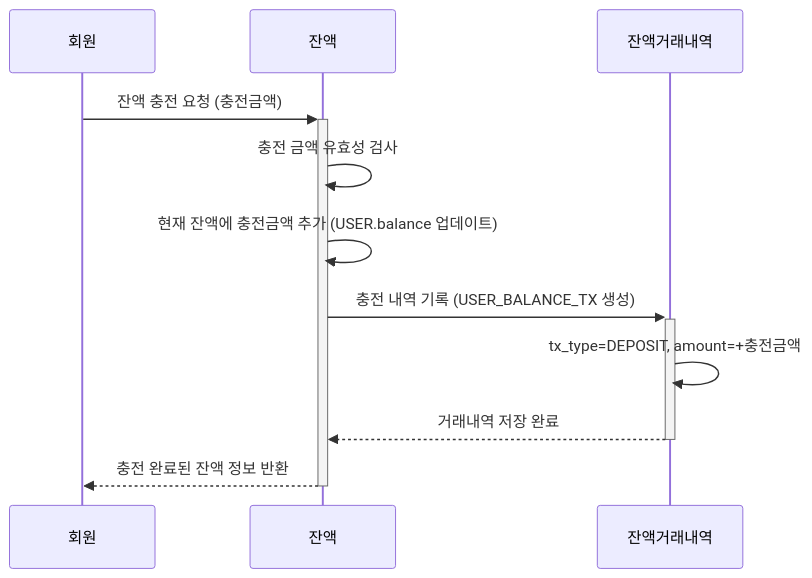
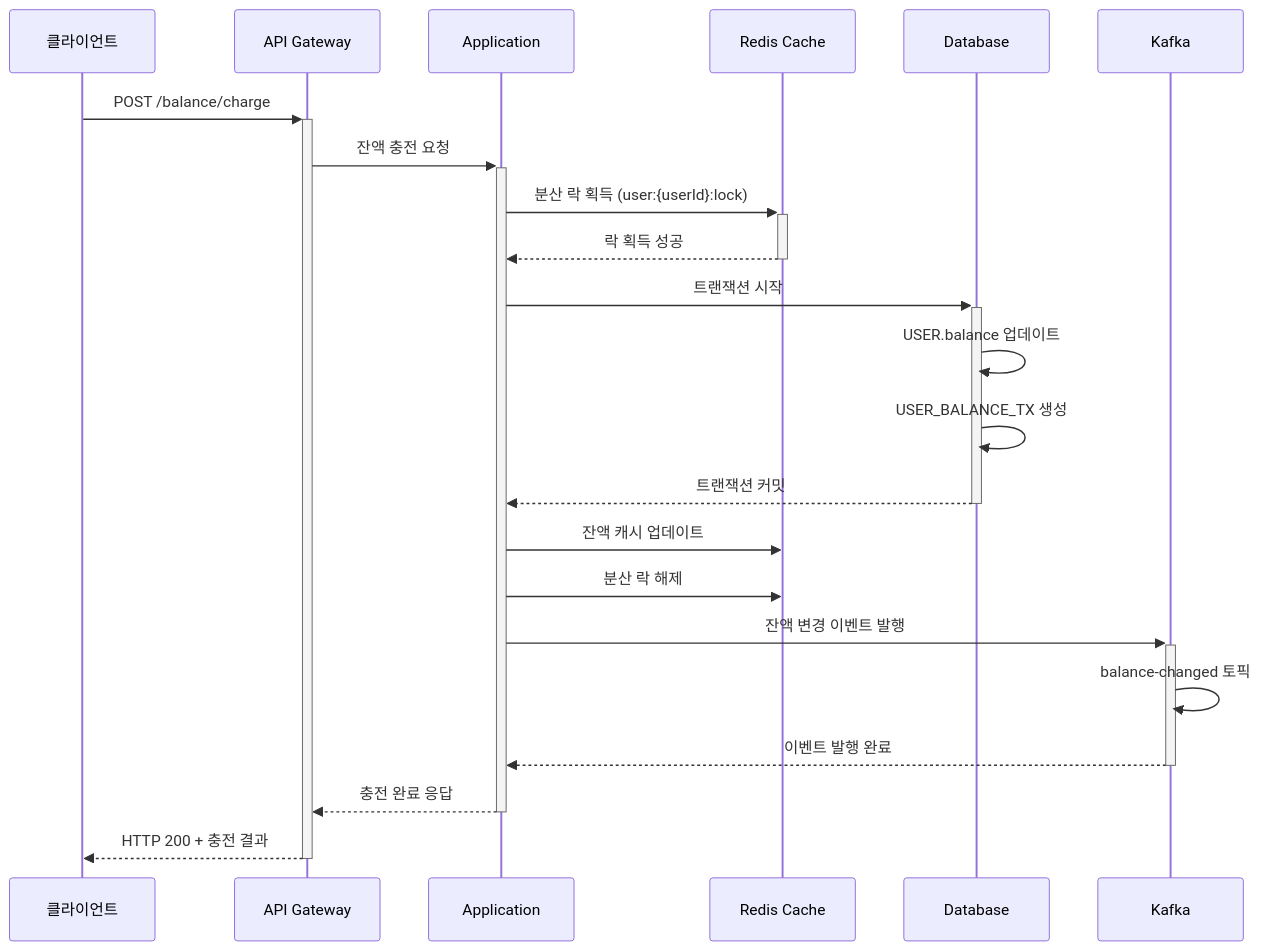
The second of 7 diagrams in docs/sequence_diagram.md (yuni02/hhplus-ecommerce), drawn with Mermaid before and after one commit. The commit also changed other lines of this file and 2 other files, not shown here.

First line of the commit message:
chore: erd에 상태값 추가하고 시퀀스 다이어그램을 기술적 계층 단위별로 분리하는 방식으로 변경

````diff
--- a/docs/sequence_diagram.md
+++ b/docs/sequence_diagram.md
@@ -17,14 +24,30 @@
 ```mermaid
 sequenceDiagram
-    participant User as 회원
-    participant Balance as 잔액
-    participant BalanceTx as 잔액거래내역
+    participant Client as 클라이언트
+    participant API as API Gateway
+    participant App as Application
+    participant Redis as Redis Cache
+    participant DB as Database
+    participant Kafka as Kafka
 
-    User->>+Balance: 잔액 충전 요청 (충전금액)
-    Balance->>Balance: 충전 금액 유효성 검사
-    Balance->>Balance: 현재 잔액에 충전금액 추가 (USER.balance 업데이트)
-    Balance->>+BalanceTx: 충전 내역 기록 (USER_BALANCE_TX 생성)
-    BalanceTx->>BalanceTx: tx_type=DEPOSIT, amount=+충전금액
-    BalanceTx-->>-Balance: 거래내역 저장 완료
-    Balance-->>-User: 충전 완료된 잔액 정보 반환
+    Client->>+API: POST /balance/charge
+    API->>+App: 잔액 충전 요청
+    
+    App->>+Redis: 분산 락 획득 (user:{userId}:lock)
+    Redis-->>-App: 락 획득 성공
+    
+    App->>+DB: 트랜잭션 시작
+    DB->>DB: USER.balance 업데이트
+    DB->>DB: USER_BALANCE_TX 생성
+    DB-->>-App: 트랜잭션 커밋
+    
+    App->>Redis: 잔액 캐시 업데이트
+    App->>Redis: 분산 락 해제
+    
+    App->>+Kafka: 잔액 변경 이벤트 발행
+    Kafka->>Kafka: balance-changed 토픽
+    Kafka-->>-App: 이벤트 발행 완료
+    
+    App-->>-API: 충전 완료 응답
+    API-->>-Client: HTTP 200 + 충전 결과
 ```
````
